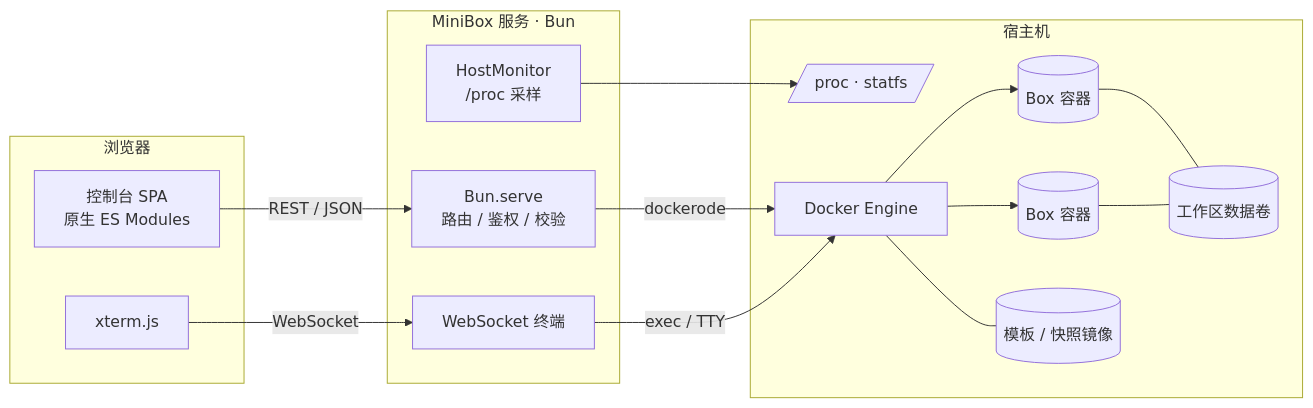
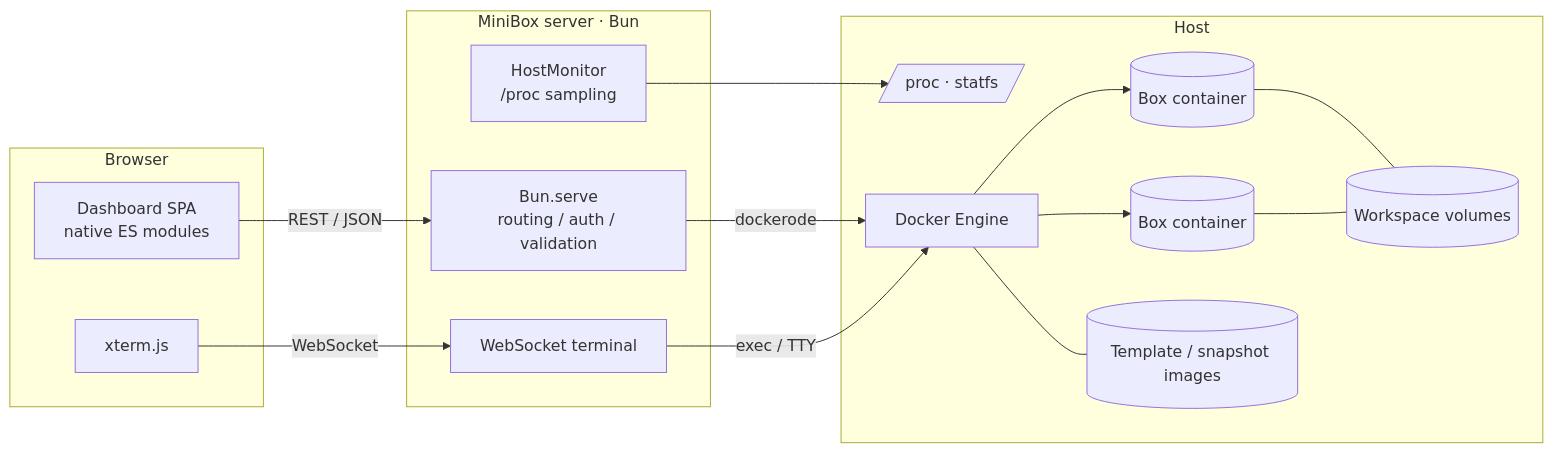
Before and after one commit to ArnoChenFx/minibox: the diagram in README.md, drawn with Mermaid. The commit also changed other lines of this file and 1 other file, not shown here.

````diff
--- a/README.md
+++ b/README.md
@@ -58,28 +62,28 @@
 ```mermaid
 flowchart LR
-  subgraph Browser[浏览器]
-    UI[控制台 SPA<br/>原生 ES Modules]
+  subgraph Browser
+    UI[Dashboard SPA<br/>native ES modules]
     XT[xterm.js]
   end
-  subgraph Server[MiniBox 服务 · Bun]
-    HTTP[Bun.serve<br/>路由 / 鉴权 / 校验]
-    WS[WebSocket 终端]
-    MON[HostMonitor<br/>/proc 采样]
+  subgraph Server[MiniBox server · Bun]
+    HTTP[Bun.serve<br/>routing / auth / validation]
+    WS[WebSocket terminal]
+    MON[HostMonitor<br/>/proc sampling]
   end
-  subgraph Host[宿主机]
+  subgraph Host
     PROC[/proc · statfs/]
     D[Docker Engine]
-    B1[(Box 容器)]
-    B2[(Box 容器)]
-    V[(工作区数据卷)]
-    I[(模板 / 快照镜像)]
+    B1[(Box container)]
+    B2[(Box container)]
+    V[(Workspace volumes)]
+    I[(Template / snapshot images)]
   end
   UI -- REST / JSON --> HTTP
   XT -- WebSocket --> WS
   HTTP -- dockerode --> D
   WS -- exec / TTY --> D
   MON --> PROC
   D --> B1 & B2
   B1 & B2 --- V
   D --- I
 ```
````
